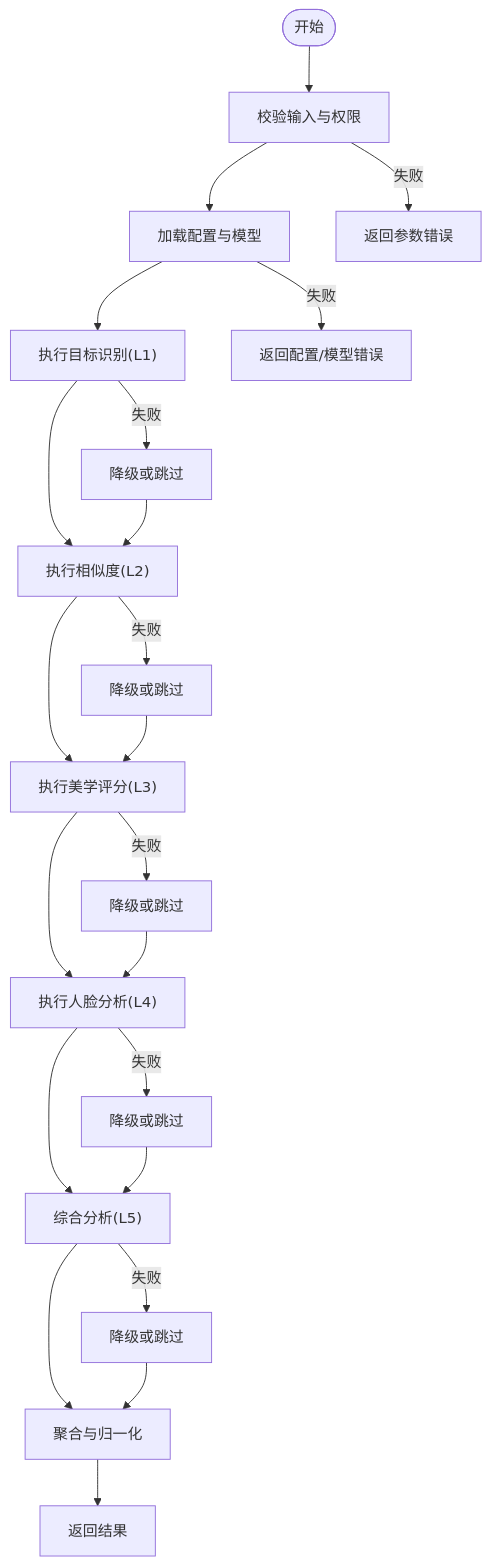
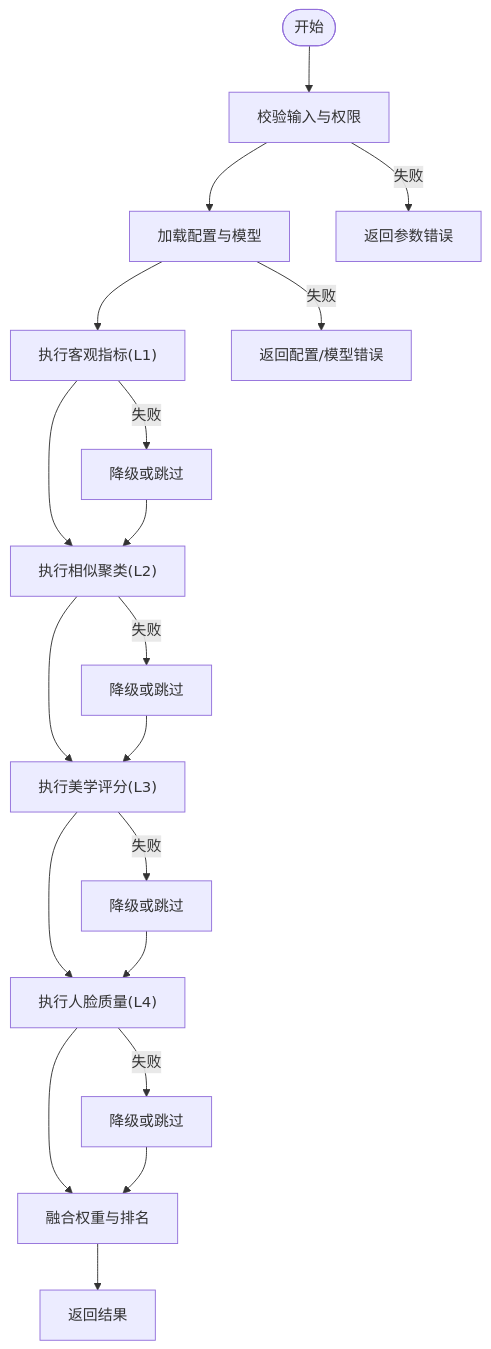
One commit to Frankynwa/photo-rank changed the third of 5 diagrams in wiki/核心系统架构/核心系统架构.md. Above: the diagram before and after it, drawn with Mermaid. The commit also changed other lines of this file and 7 other files, not shown here.

````diff
--- a/wiki/核心系统架构/核心系统架构.md
+++ b/wiki/核心系统架构/核心系统架构.md
@@ -144,24 +139,21 @@
 ```mermaid
 flowchart TD
 Start(["开始"]) --> Validate["校验输入与权限"]
 Validate --> LoadCfg["加载配置与模型"]
-LoadCfg --> RunL1["执行目标识别(L1)"]
-RunL1 --> RunL2["执行相似度(L2)"]
+LoadCfg --> RunL1["执行客观指标(L1)"]
+RunL1 --> RunL2["执行相似聚类(L2)"]
 RunL2 --> RunL3["执行美学评分(L3)"]
-RunL3 --> RunL4["执行人脸分析(L4)"]
-RunL4 --> RunL5["综合分析(L5)"]
-RunL5 --> Aggregate["聚合与归一化"]
+RunL3 --> RunL4["执行人脸质量(L4)"]
+RunL4 --> Aggregate["融合权重与排名"]
 Aggregate --> Return["返回结果"]
 Validate --> |失败| Err1["返回参数错误"]
 LoadCfg --> |失败| Err2["返回配置/模型错误"]
 RunL1 --> |失败| Deg1["降级或跳过"]
 RunL2 --> |失败| Deg2["降级或跳过"]
 RunL3 --> |失败| Deg3["降级或跳过"]
 RunL4 --> |失败| Deg4["降级或跳过"]
-RunL5 --> |失败| Deg5["降级或跳过"]
 Deg1 --> RunL2
 Deg2 --> RunL3
 Deg3 --> RunL4
-Deg4 --> RunL5
-Deg5 --> Aggregate
+Deg4 --> Aggregate
 ```
````
